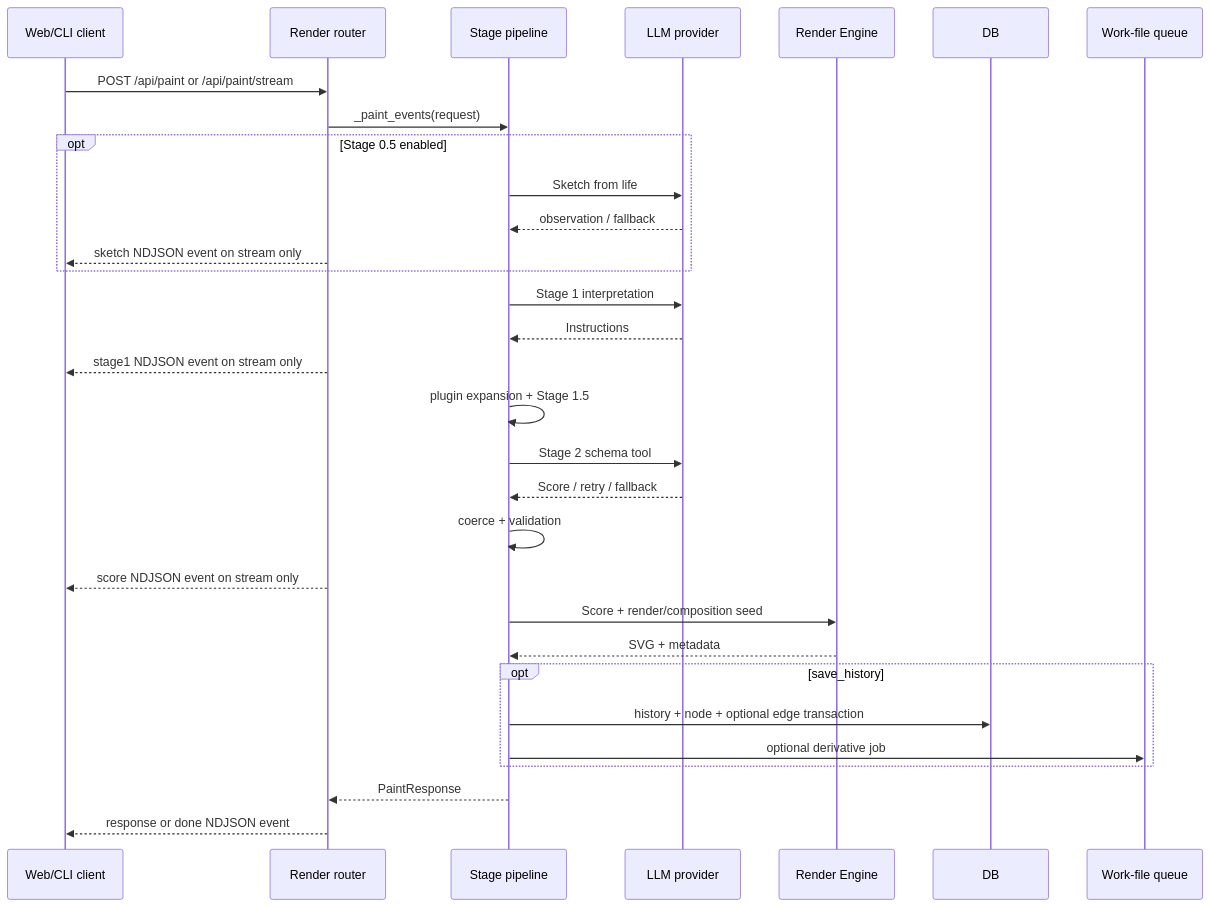
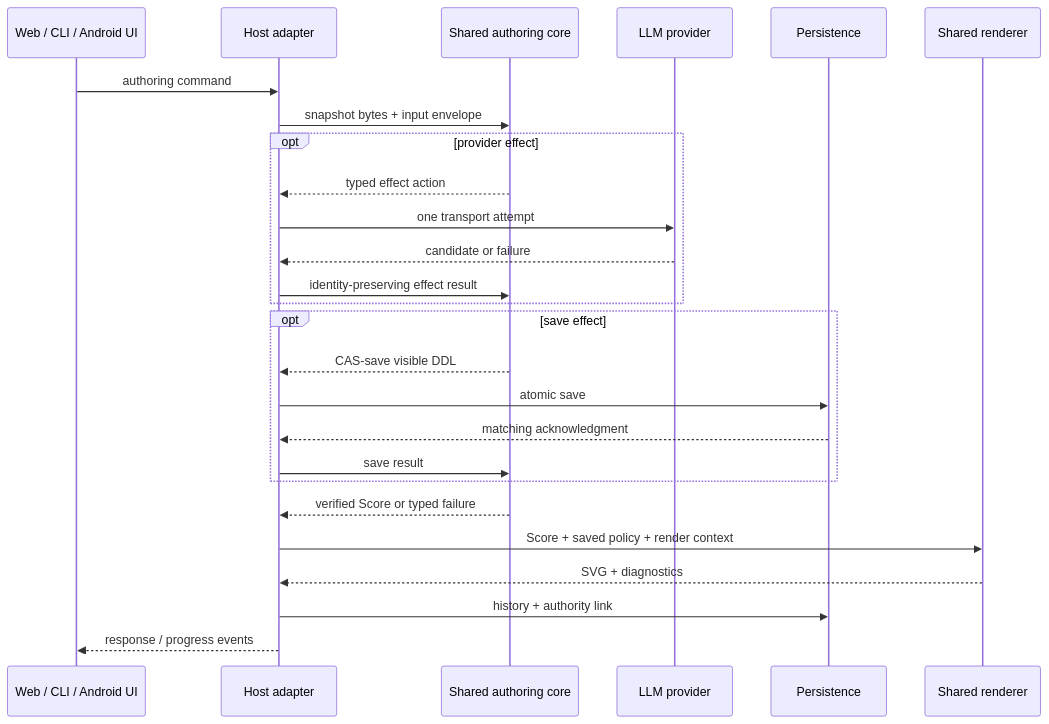
The second of 2 diagrams in docs/architecture/ddl-processing-pipeline.md (oikawas/inku-lang), drawn with Mermaid before and after one commit. The commit also changed other lines of this file and 206 other files, not shown here.

````diff
--- a/docs/architecture/ddl-processing-pipeline.md
+++ b/docs/architecture/ddl-processing-pipeline.md
@@ -87,34 +59,29 @@
 ```mermaid
 sequenceDiagram
-    participant C as Web/CLI client
-    participant R as Render router
-    participant P as Stage pipeline
+    participant C as Web / CLI / Android UI
+    participant H as Host adapter
+    participant A as Shared authoring core
     participant L as LLM provider
-    participant E as Render Engine
-    participant D as DB
-    participant F as Work-file queue
+    participant P as Persistence
+    participant R as Shared renderer
 
-    C->>R: POST /api/paint or /api/paint/stream
-    R->>P: _paint_events(request)
-    opt Stage 0.5 enabled
-        P->>L: Sketch from life
-        L-->>P: observation / fallback
-        R-->>C: sketch NDJSON event on stream only
+    C->>H: authoring command
+    H->>A: snapshot bytes + input envelope
+    opt provider effect
+        A-->>H: typed effect action
+        H->>L: one transport attempt
+        L-->>H: candidate or failure
+        H->>A: identity-preserving effect result
     end
-    P->>L: Stage 1 interpretation
-    L-->>P: Instructions
-    R-->>C: stage1 NDJSON event on stream only
-    P->>P: plugin expansion + Stage 1.5
-    P->>L: Stage 2 schema tool
-    L-->>P: Score / retry / fallback
-    P->>P: coerce + validation
-    R-->>C: score NDJSON event on stream only
-    P->>E: Score + render/composition seed
-    E-->>P: SVG + metadata
-    opt save_history
-        P->>D: history + node + optional edge transaction
-        P->>F: optional derivative job
+    opt save effect
+        A-->>H: CAS-save visible DDL
+        H->>P: atomic save
+        P-->>H: matching acknowledgment
+        H->>A: save result
     end
-    P-->>R: PaintResponse
-    R-->>C: response or done NDJSON event
+    A-->>H: verified Score or typed failure
+    H->>R: Score + saved policy + render context
+    R-->>H: SVG + diagnostics
+    H->>P: history + authority link
+    H-->>C: response / progress events
 ```
````
